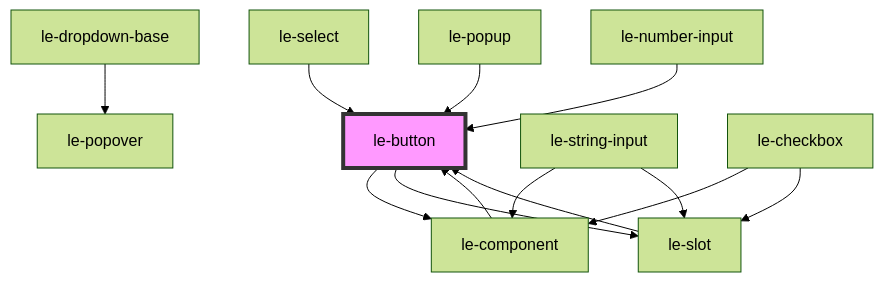
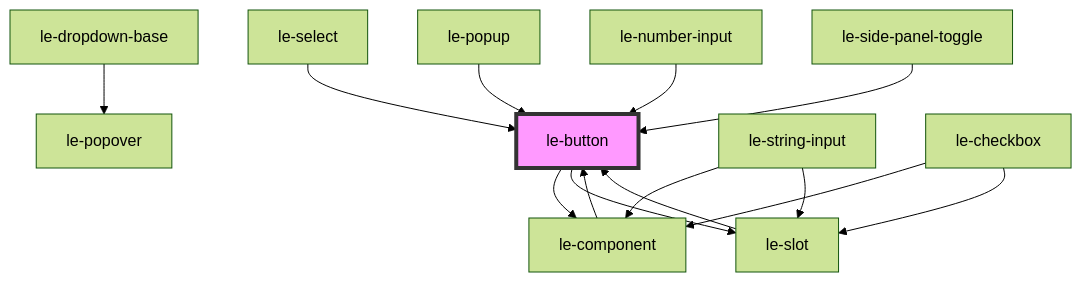
One commit to leechy/le-kit changed the diagram in src/components/le-button/readme.md. Above: the diagram before and after it, drawn with Mermaid (forest theme). The commit also changed other lines of this file and 16 other files, not shown here.

First line of the commit message:
Add <le-side-panel> component

````diff
--- a/src/components/le-button/readme.md
+++ b/src/components/le-button/readme.md
@@ -143,16 +144,17 @@
 ```mermaid
 graph TD;
   le-button --> le-component
   le-button --> le-slot
   le-component --> le-button
   le-select --> le-button
   le-dropdown-base --> le-popover
   le-string-input --> le-component
   le-string-input --> le-slot
   le-slot --> le-button
   le-checkbox --> le-component
   le-checkbox --> le-slot
   le-popup --> le-button
   le-number-input --> le-button
+  le-side-panel-toggle --> le-button
   style le-button fill:#f9f,stroke:#333,stroke-width:4px
 ```
````
